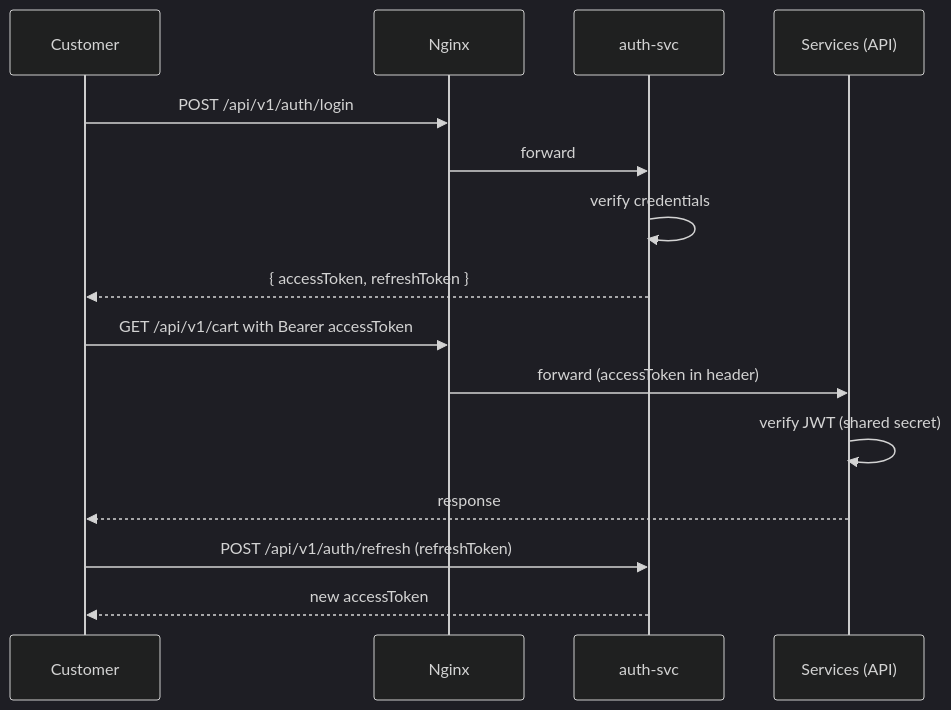
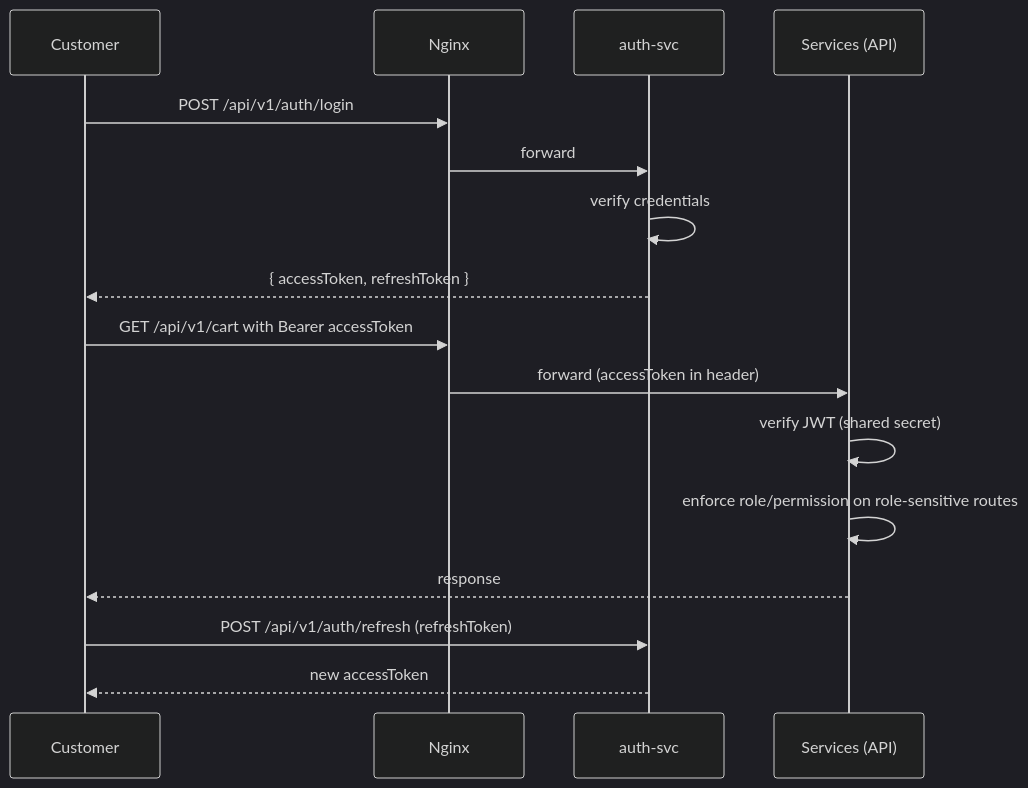
The fourth of 9 diagrams in 1.Architecture.md (E-Commerce-BDA/Documentation), drawn with Mermaid (dark theme) before and after one commit. The commit also changed other lines of this file, not shown here.

Commit message:
docs(auth): require service-side role verification

````diff
--- a/1.Architecture.md
+++ b/1.Architecture.md
@@ -534,18 +534,19 @@
 ```mermaid
 sequenceDiagram
     participant U as Customer
     participant N as Nginx
     participant A as auth-svc
     participant S as Services (API)
 
     U->>N: POST /api/v1/auth/login
     N->>A: forward
     A->>A: verify credentials
     A-->>U: { accessToken, refreshToken }
     U->>N: GET /api/v1/cart with Bearer accessToken
     N->>S: forward (accessToken in header)
     S->>S: verify JWT (shared secret)
+    S->>S: enforce role/permission on role-sensitive routes
     S-->>U: response
     U->>A: POST /api/v1/auth/refresh (refreshToken)
     A-->>U: new accessToken
 ```
````
